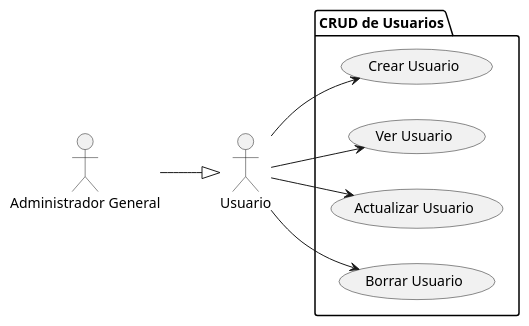
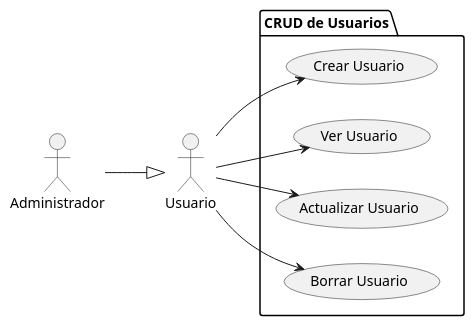
The diagram in docs/casosDeUso/diagramaCasosDeUso/manejoUsuarios/manejoUsuario.puml (mmasias/24-25-IdSw1-SDR), drawn with PlantUML before and after one commit. The commit also changed 9 other files, not shown here.

Commit message:
FIX/ diagrama casos de uso

```diff
--- a/docs/casosDeUso/diagramaCasosDeUso/manejoUsuarios/manejoUsuario.puml
+++ b/docs/casosDeUso/diagramaCasosDeUso/manejoUsuarios/manejoUsuario.puml
@@ -1,18 +1,18 @@
 @startuml ManejoUsuario
 left to right direction
-actor "Administrador General" as AdminGeneral
+actor "Administrador" as Administrador
 actor "Usuario" as Usuario
 
 package "CRUD de Usuarios" {
     usecase "Crear Usuario" as CU1
     usecase "Ver Usuario" as CU2
     usecase "Actualizar Usuario" as CU3
     usecase "Borrar Usuario" as CU4
 }
 
-AdminGeneral --|> Usuario
+Administrador --|> Usuario
 Usuario --> CU1
 Usuario --> CU2
 Usuario --> CU3
 Usuario --> CU4
 @enduml
```
